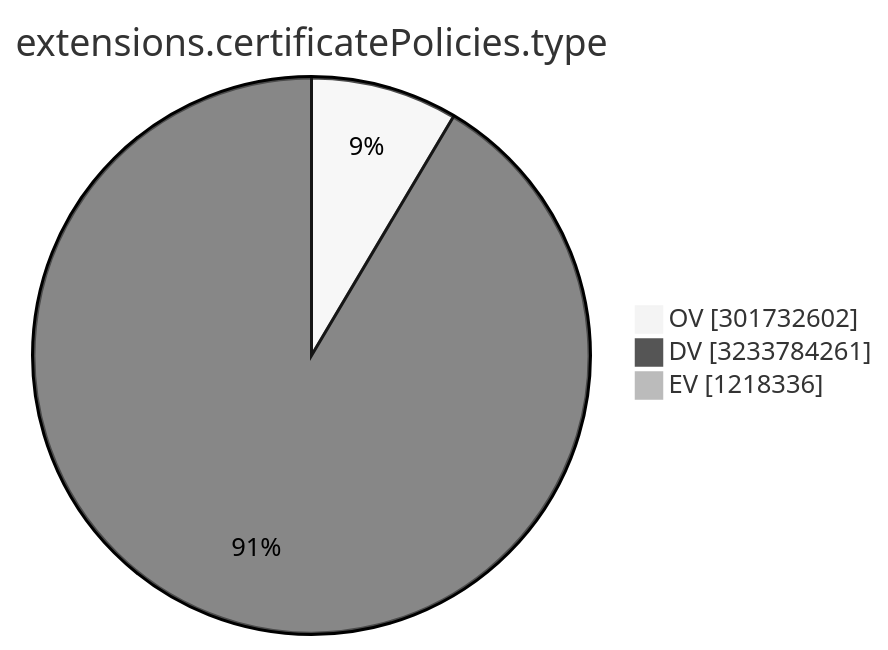
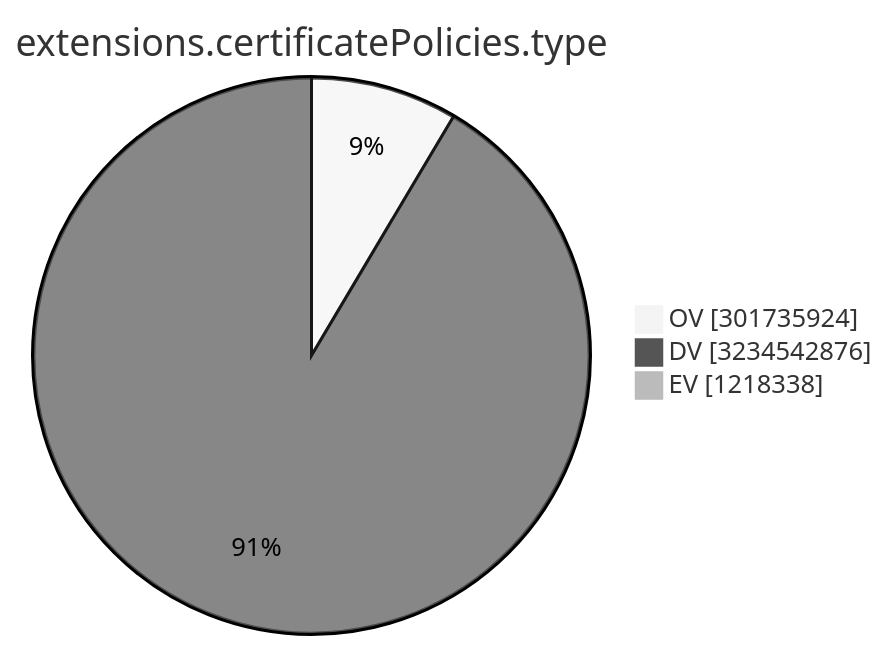
The ninth of 15 diagrams in TOTAL/README.md (christiankrug/ctmonitor_visualization), drawn with Mermaid (neutral theme) before and after one commit. The commit also changed other lines of this file, not shown here.

````diff
--- a/TOTAL/README.md
+++ b/TOTAL/README.md
@@ -3107,7 +3107,7 @@
 ```mermaid
 pie showData
 title extensions.certificatePolicies.type
-"OV" :301732602
-"DV" :3233784261
-"EV" :1218336
+"OV" :301735924
+"DV" :3234542876
+"EV" :1218338
 ```
````
